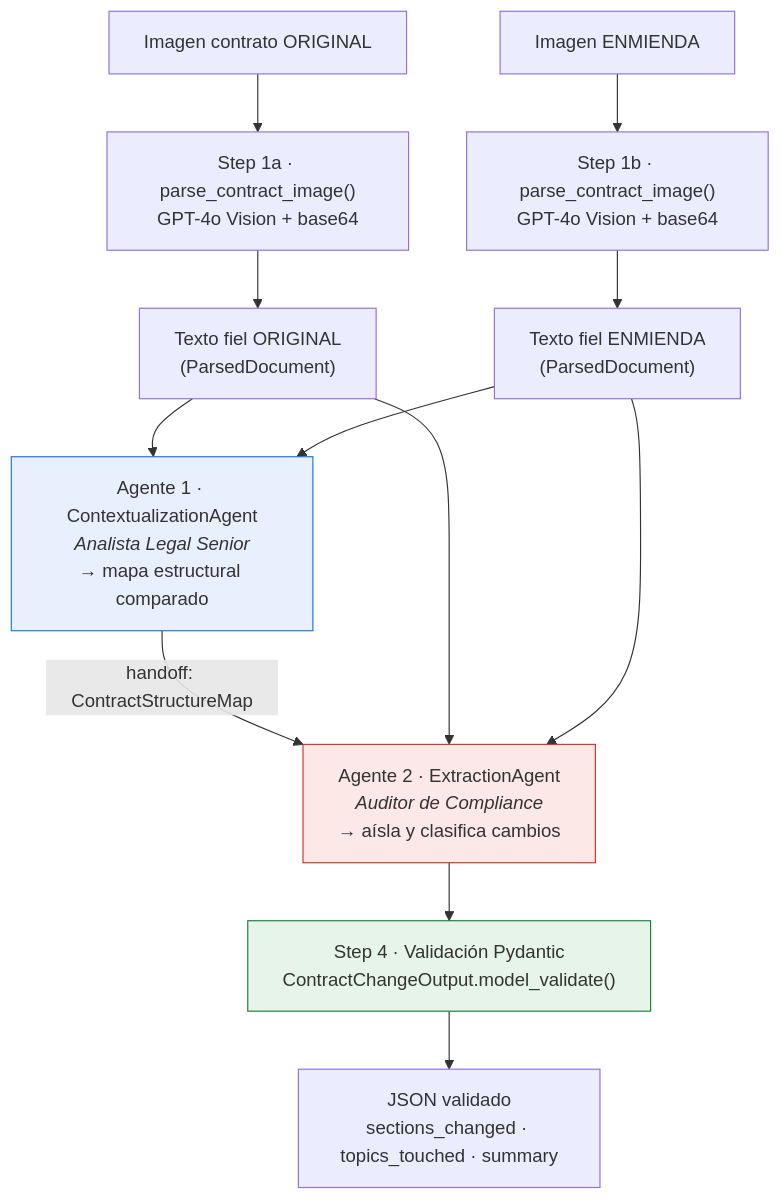
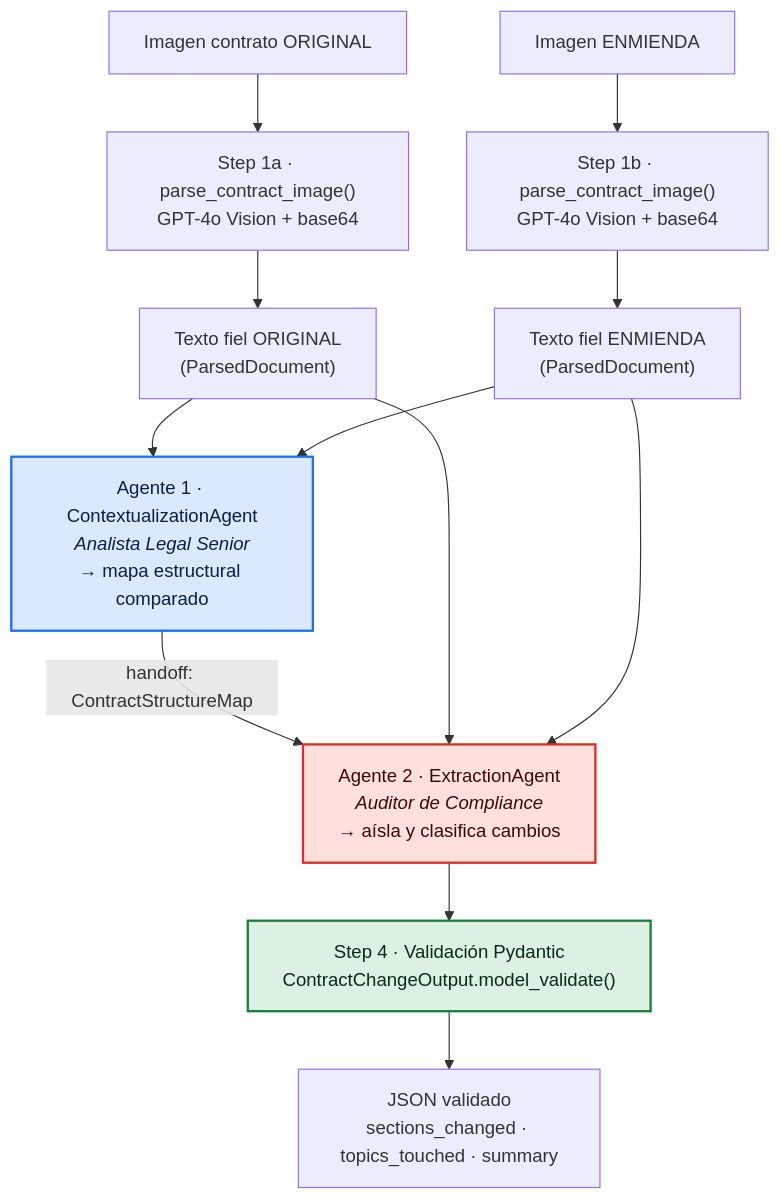
One commit to Pedro2798/HenryFinal changed the diagram in README.md. Above: the diagram before and after it, drawn with Mermaid. The commit also changed other lines of this file, not shown here.

First line of the commit message:
README: diagrama legible y enfocado solo en describir el proyecto

````diff
--- a/README.md
+++ b/README.md
@@ -26,17 +26,17 @@
 ```mermaid
 flowchart TD
     A["Imagen contrato ORIGINAL"] --> P1["Step 1a · parse_contract_image()<br/>GPT-4o Vision + base64"]
     B["Imagen ENMIENDA"] --> P2["Step 1b · parse_contract_image()<br/>GPT-4o Vision + base64"]
     P1 --> T1["Texto fiel ORIGINAL<br/>(ParsedDocument)"]
     P2 --> T2["Texto fiel ENMIENDA<br/>(ParsedDocument)"]
     T1 --> AG1
     T2 --> AG1["Agente 1 · ContextualizationAgent<br/><i>Analista Legal Senior</i><br/>→ mapa estructural comparado"]
     AG1 -->|handoff: ContractStructureMap| AG2["Agente 2 · ExtractionAgent<br/><i>Auditor de Compliance</i><br/>→ aísla y clasifica cambios"]
     T1 --> AG2
     T2 --> AG2
     AG2 --> V["Step 4 · Validación Pydantic<br/>ContractChangeOutput.model_validate()"]
     V --> OUT["JSON validado<br/>sections_changed · topics_touched · summary"]
-    style AG1 fill:#e8f0fe,stroke:#1a73e8
-    style AG2 fill:#fce8e6,stroke:#d93025
-    style V fill:#e6f4ea,stroke:#188038
+    style AG1 fill:#dbe9ff,stroke:#1a73e8,stroke-width:2px,color:#0b1f44
+    style AG2 fill:#ffe0dd,stroke:#d93025,stroke-width:2px,color:#3b0a08
+    style V fill:#dcf1e3,stroke:#188038,stroke-width:2px,color:#0b2a14
 ```
````
